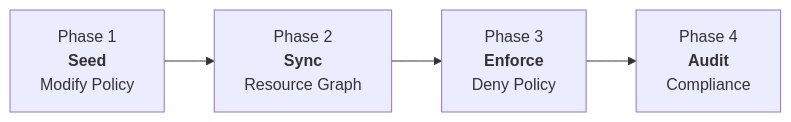
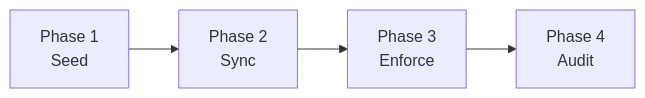
One commit to ozanberkpolat/ozanberkpolat.github.io changed the diagram in _posts/2026-03-12-mastering-azure-vm-tagging.md. Above: the diagram before and after it, drawn with Mermaid.

Commit message:
updated mermaid

````diff
--- a/_posts/2026-03-12-mastering-azure-vm-tagging.md
+++ b/_posts/2026-03-12-mastering-azure-vm-tagging.md
@@ -16,10 +16,9 @@
 ```mermaid
-flowchart LR
-
-A["Phase 1<br><b>Seed</b><br>Modify Policy"]
-B["Phase 2<br><b>Sync</b><br>Resource Graph"]
-C["Phase 3<br><b>Enforce</b><br>Deny Policy"]
-D["Phase 4<br><b>Audit</b><br>Compliance"]
+graph LR
+A["Phase 1<br>Seed"]
+B["Phase 2<br>Sync"]
+C["Phase 3<br>Enforce"]
+D["Phase 4<br>Audit"]
 
 A --> B --> C --> D
 ```
````
